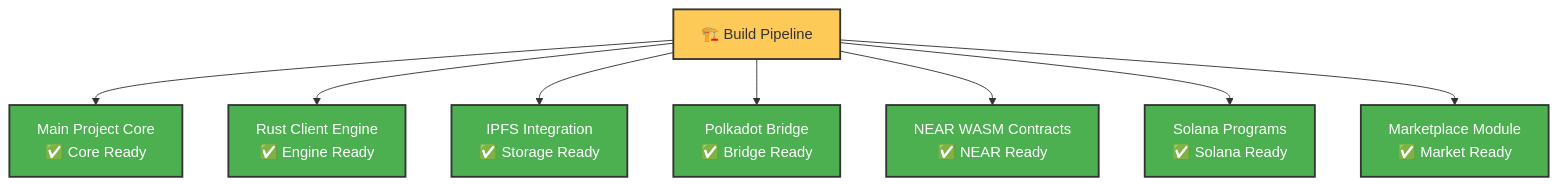
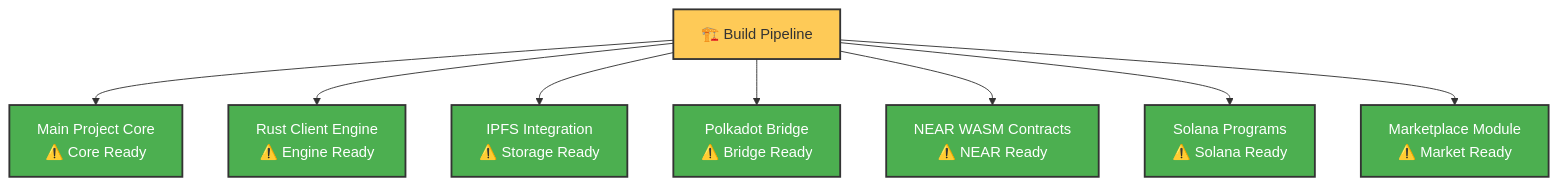
Before and after one commit to compiling-org/nft-blockchain-interactive: the third of 4 diagrams in README.md, drawn with Mermaid. The commit also changed other lines of this file and 2 other files, not shown here.

First line of the commit message:
docs: Update documentation with real BrainFlow integration status

````diff
--- a/README.md
+++ b/README.md
@@ -156,14 +156,14 @@
 ```mermaid
 graph TD
     classDef success fill:#4CAF50,stroke:#333,stroke-width:2px,color:#fff
     classDef process fill:#feca57,stroke:#333,stroke-width:2px,color:#333
 
     A["🏗️ Build Pipeline"]:::process
-    A --> B["Main Project Core<br/>✅ Core Ready"]:::success
-    A --> C["Rust Client Engine<br/>✅ Engine Ready"]:::success
-    A --> D["IPFS Integration<br/>✅ Storage Ready"]:::success
-    A --> E["Polkadot Bridge<br/>✅ Bridge Ready"]:::success
-    A --> F["NEAR WASM Contracts<br/>✅ NEAR Ready"]:::success
-    A --> G["Solana Programs<br/>✅ Solana Ready"]:::success
-    A --> H["Marketplace Module<br/>✅ Market Ready"]:::success
+    A --> B["Main Project Core<br/>⚠️ Core Ready"]:::success
+    A --> C["Rust Client Engine<br/>⚠️ Engine Ready"]:::success
+    A --> D["IPFS Integration<br/>⚠️ Storage Ready"]:::success
+    A --> E["Polkadot Bridge<br/>⚠️ Bridge Ready"]:::success
+    A --> F["NEAR WASM Contracts<br/>⚠️ NEAR Ready"]:::success
+    A --> G["Solana Programs<br/>⚠️ Solana Ready"]:::success
+    A --> H["Marketplace Module<br/>⚠️ Market Ready"]:::success
 ```
````
